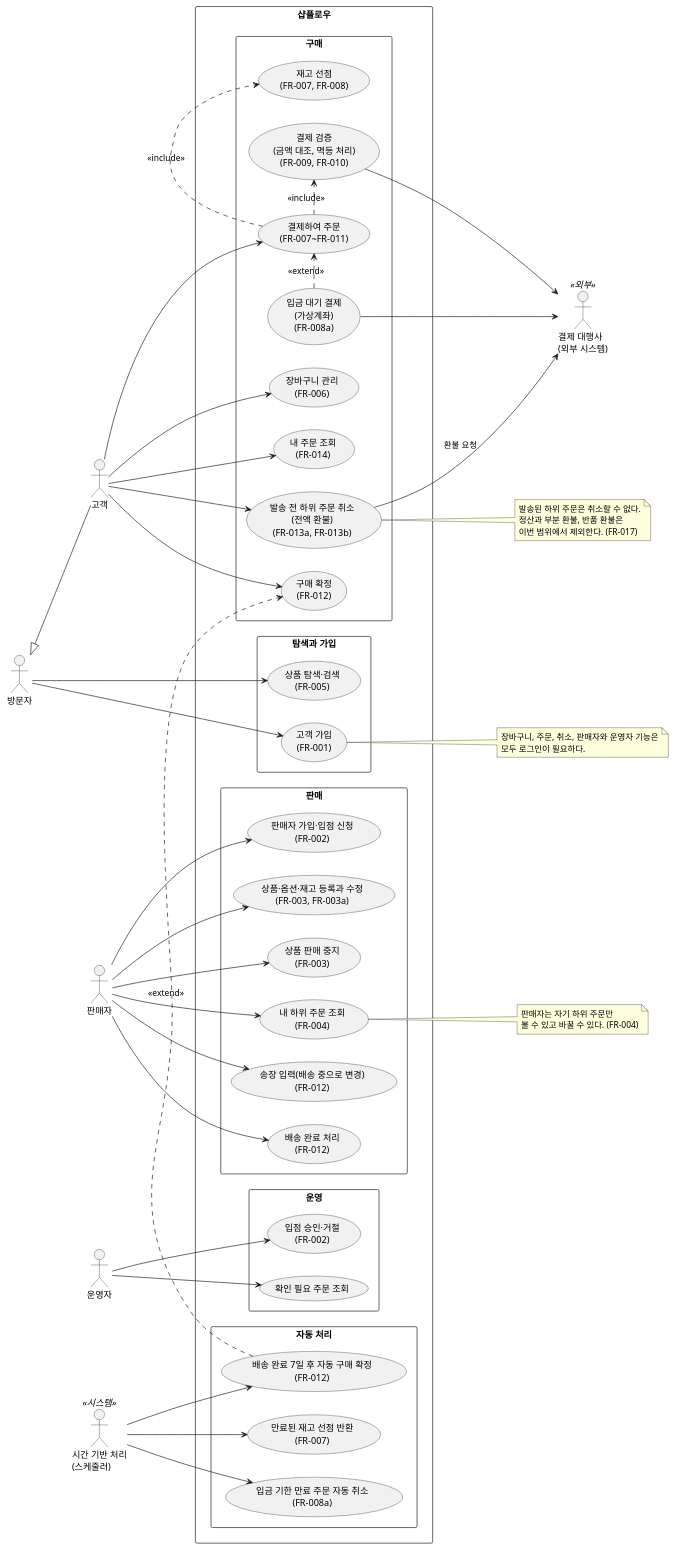
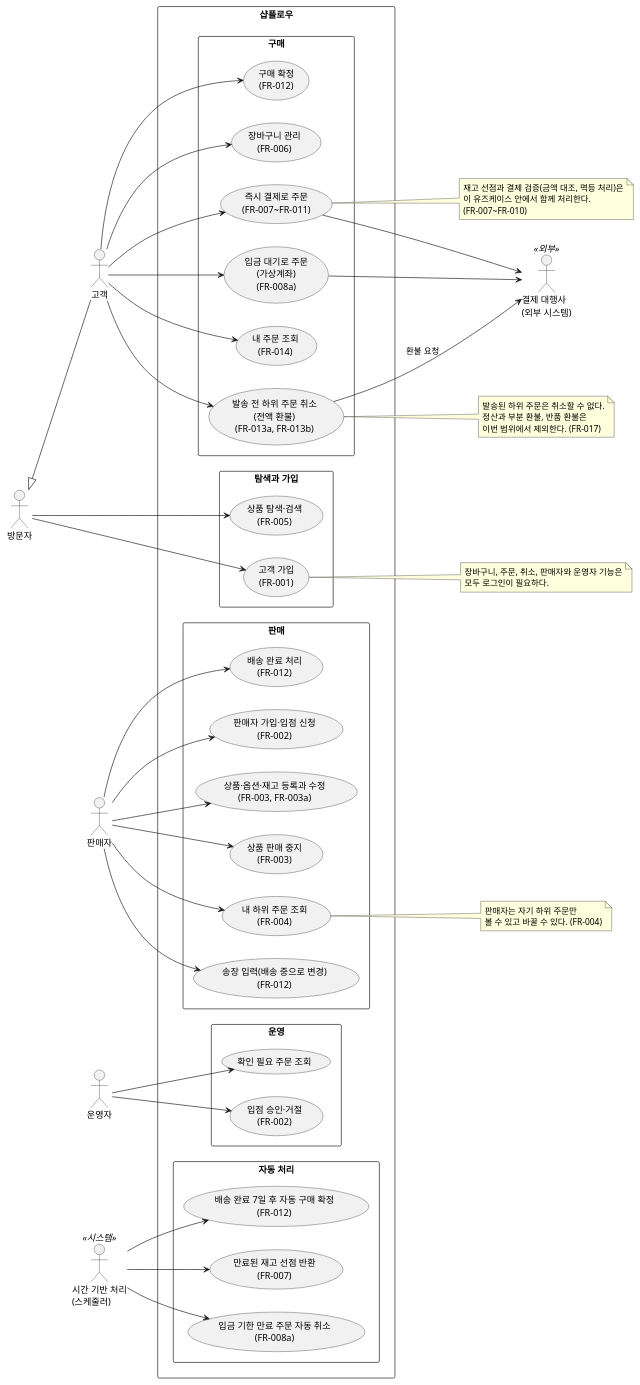
The diagram in specs/001-multiseller-commerce-core/diagrams/usecase.puml (parknahyun/shopflow), drawn with PlantUML before and after one commit. The commit also changed 1 other file, not shown here.

Commit message:
docs: 유즈케이스 다이어그램 수정 (결제 독립 처리, 포함 관계 흡수)
Refs #3

```diff
--- a/specs/001-multiseller-commerce-core/diagrams/usecase.puml
+++ b/specs/001-multiseller-commerce-core/diagrams/usecase.puml
@@ -1,108 +1,107 @@
 @startuml
 ' 유즈케이스 다이어그램: 멀티 판매자 이커머스 핵심 구매·판매 흐름
 ' 근거: specs/001-multiseller-commerce-core/spec.md (괄호 안은 기능 요구사항 번호)
 left to right direction
 skinparam packageStyle rectangle
 skinparam shadowing false
 
 actor "방문자" as Visitor
 actor "고객" as Customer
 actor "판매자" as Seller
 actor "운영자" as Admin
 actor "결제 대행사\n(외부 시스템)" as PG <<외부>>
 actor "시간 기반 처리\n(스케줄러)" as Timer <<시스템>>
 
 ' 고객은 방문자가 할 수 있는 일을 모두 할 수 있다
 Customer -up-|> Visitor
 
 rectangle "샵플로우" {
 
   package "탐색과 가입" {
     usecase "상품 탐색·검색\n(FR-005)" as UC_Browse
     usecase "고객 가입\n(FR-001)" as UC_Signup
   }
 
   package "구매" {
     usecase "장바구니 관리\n(FR-006)" as UC_Cart
-    usecase "결제하여 주문\n(FR-007~FR-011)" as UC_Checkout
-    usecase "재고 선점\n(FR-007, FR-008)" as UC_Reserve
-    usecase "결제 검증\n(금액 대조, 멱등 처리)\n(FR-009, FR-010)" as UC_Verify
-    usecase "입금 대기 결제\n(가상계좌)\n(FR-008a)" as UC_Deposit
+    usecase "즉시 결제로 주문\n(FR-007~FR-011)" as UC_Checkout
+    usecase "입금 대기로 주문\n(가상계좌)\n(FR-008a)" as UC_Deposit
     usecase "내 주문 조회\n(FR-014)" as UC_MyOrders
     usecase "발송 전 하위 주문 취소\n(전액 환불)\n(FR-013a, FR-013b)" as UC_Cancel
     usecase "구매 확정\n(FR-012)" as UC_Confirm
   }
 
   package "판매" {
     usecase "판매자 가입·입점 신청\n(FR-002)" as UC_SellerSignup
     usecase "상품·옵션·재고 등록과 수정\n(FR-003, FR-003a)" as UC_Product
     usecase "상품 판매 중지\n(FR-003)" as UC_Suspend
     usecase "내 하위 주문 조회\n(FR-004)" as UC_SellerOrders
     usecase "송장 입력(배송 중으로 변경)\n(FR-012)" as UC_Ship
     usecase "배송 완료 처리\n(FR-012)" as UC_Deliver
   }
 
   package "운영" {
     usecase "입점 승인·거절\n(FR-002)" as UC_Approve
     usecase "확인 필요 주문 조회" as UC_Review
   }
 
   package "자동 처리" {
     usecase "만료된 재고 선점 반환\n(FR-007)" as UC_Expire
     usecase "입금 기한 만료 주문 자동 취소\n(FR-008a)" as UC_DepositExpire
     usecase "배송 완료 7일 후 자동 구매 확정\n(FR-012)" as UC_AutoConfirm
   }
 }
 
 ' 방문자와 고객
 Visitor --> UC_Browse
 Visitor --> UC_Signup
 Customer --> UC_Cart
 Customer --> UC_Checkout
+Customer --> UC_Deposit
 Customer --> UC_MyOrders
 Customer --> UC_Cancel
 Customer --> UC_Confirm
 
 ' 판매자
 Seller --> UC_SellerSignup
 Seller --> UC_Product
 Seller --> UC_Suspend
 Seller --> UC_SellerOrders
 Seller --> UC_Ship
 Seller --> UC_Deliver
 
 ' 운영자
 Admin --> UC_Approve
 Admin --> UC_Review
 
 ' 외부 시스템과 자동 처리
-UC_Verify --> PG
+UC_Checkout --> PG
 UC_Deposit --> PG
 UC_Cancel --> PG : 환불 요청
 Timer --> UC_Expire
 Timer --> UC_DepositExpire
 Timer --> UC_AutoConfirm
 
-' 포함과 확장 관계
-UC_Checkout .> UC_Reserve : <<include>>
-UC_Checkout .> UC_Verify : <<include>>
-UC_Deposit .> UC_Checkout : <<extend>>
-UC_AutoConfirm .> UC_Confirm : <<extend>>
+note right of UC_Checkout
+  재고 선점과 결제 검증(금액 대조, 멱등 처리)은
+  이 유즈케이스 안에서 함께 처리한다.
+  (FR-007~FR-010)
+end note
 
 note right of UC_Cancel
   발송된 하위 주문은 취소할 수 없다.
   정산과 부분 환불, 반품 환불은
   이번 범위에서 제외한다. (FR-017)
 end note
 
 note right of UC_Signup
   장바구니, 주문, 취소, 판매자와 운영자 기능은
   모두 로그인이 필요하다.
 end note
 
 note right of UC_SellerOrders
   판매자는 자기 하위 주문만
   볼 수 있고 바꿀 수 있다. (FR-004)
 end note
 
 @enduml
```
